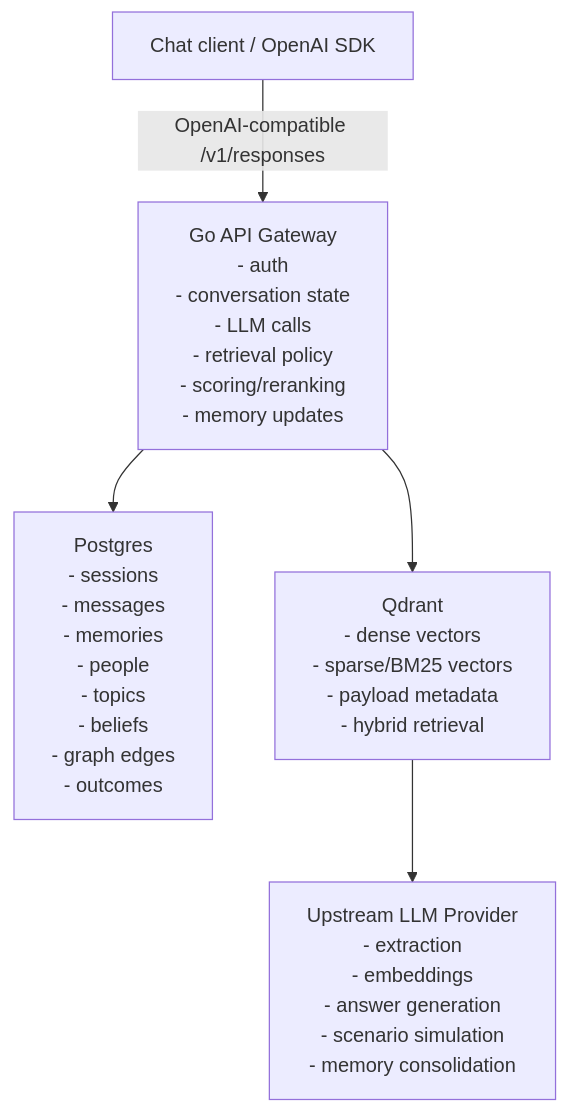
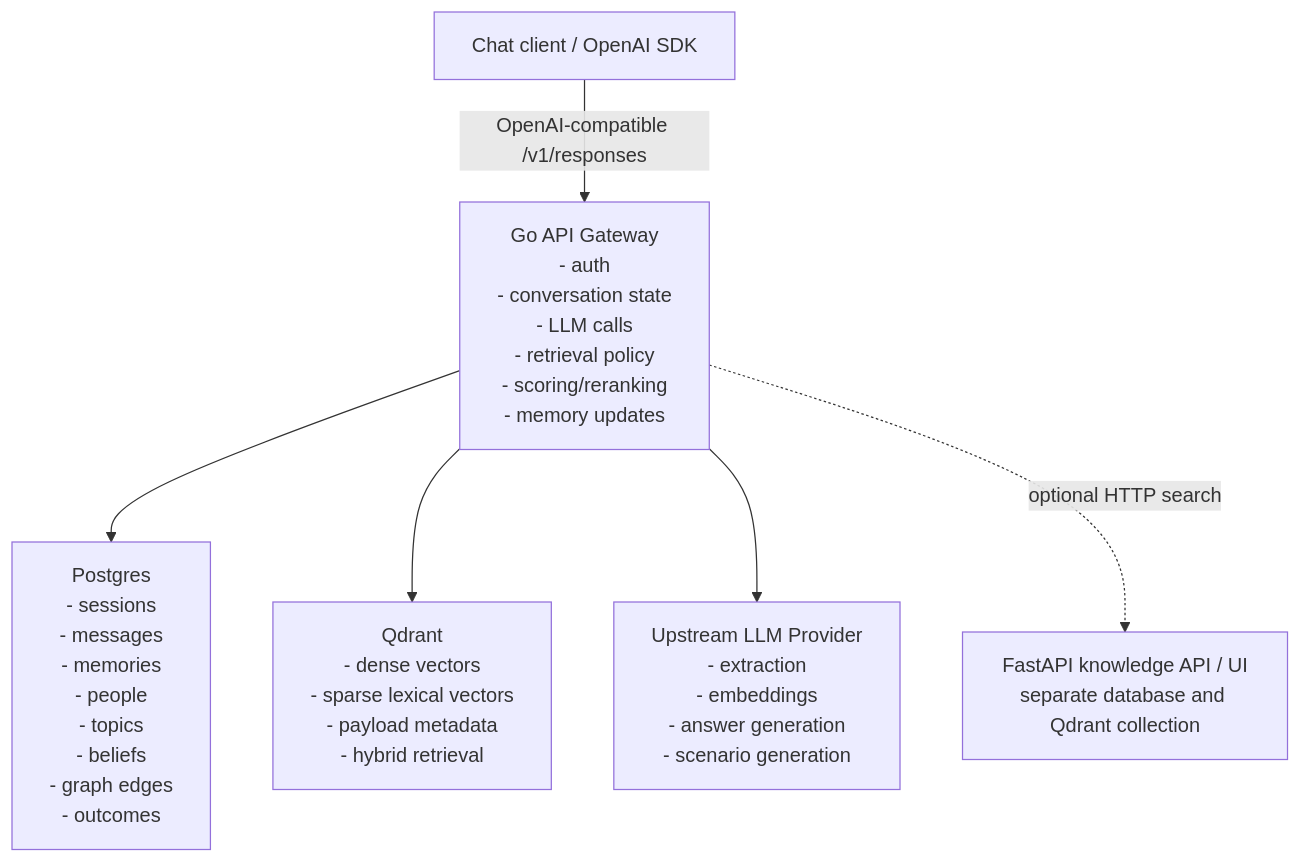
Before and after one commit to bdobrica/SecondContext: the diagram in README.md, drawn with Mermaid. The commit also changed other lines of this file and 14 other files, not shown here.

````diff
--- a/README.md
+++ b/README.md
@@ -80,7 +80,8 @@
 ```mermaid
 flowchart TD
     client["Chat client / OpenAI SDK"] -->|OpenAI-compatible /v1/responses| gateway["Go API Gateway<br/>- auth<br/>- conversation state<br/>- LLM calls<br/>- retrieval policy<br/>- scoring/reranking<br/>- memory updates"]
     gateway --> postgres["Postgres<br/>- sessions<br/>- messages<br/>- memories<br/>- people<br/>- topics<br/>- beliefs<br/>- graph edges<br/>- outcomes"]
-    gateway --> qdrant["Qdrant<br/>- dense vectors<br/>- sparse/BM25 vectors<br/>- payload metadata<br/>- hybrid retrieval"]
-    qdrant --> llm["Upstream LLM Provider<br/>- extraction<br/>- embeddings<br/>- answer generation<br/>- scenario simulation<br/>- memory consolidation"]
+    gateway --> qdrant["Qdrant<br/>- dense vectors<br/>- sparse lexical vectors<br/>- payload metadata<br/>- hybrid retrieval"]
+    gateway --> llm["Upstream LLM Provider<br/>- extraction<br/>- embeddings<br/>- answer generation<br/>- scenario generation"]
+    gateway -. optional HTTP search .-> knowledge["FastAPI knowledge API / UI<br/>separate database and Qdrant collection"]
 ```
````
